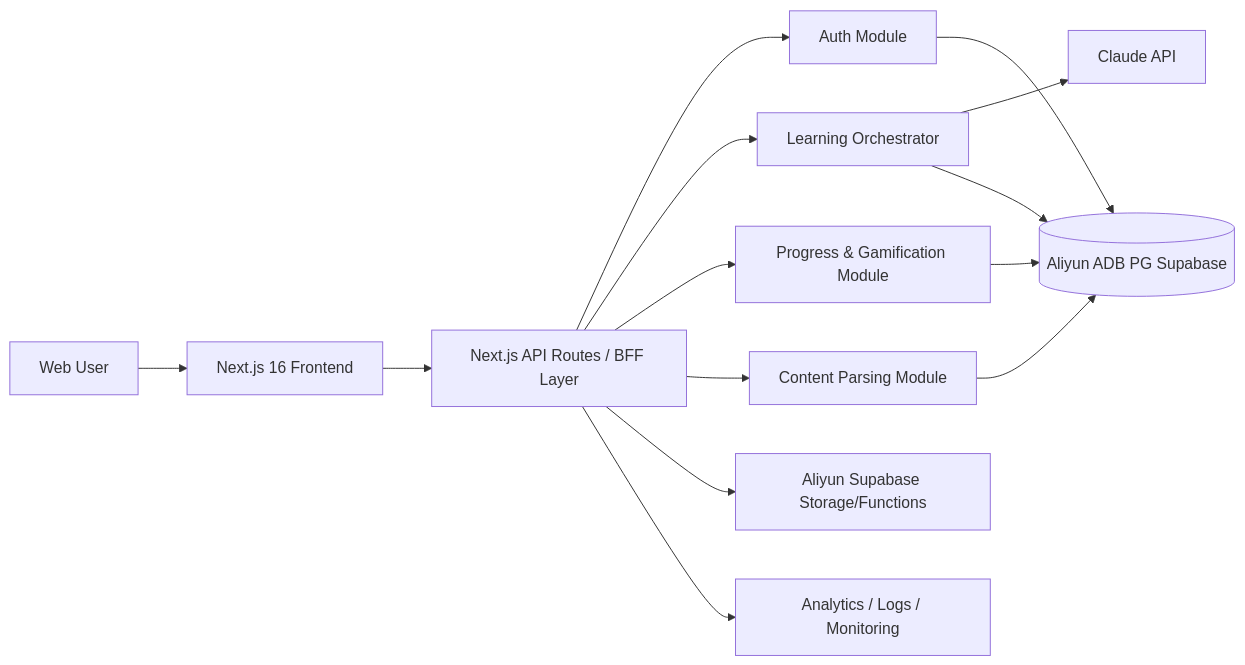
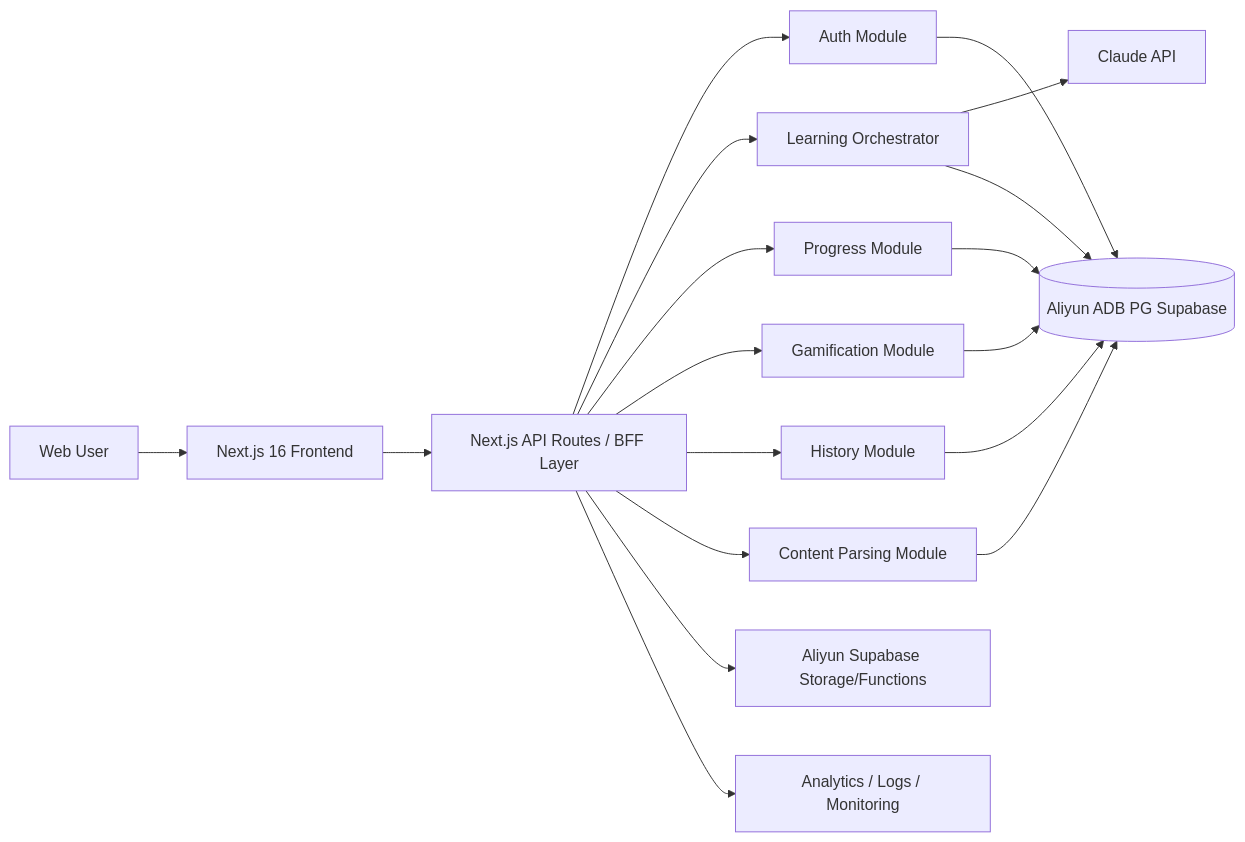
One commit to ChengZhuo2025/codetutor changed the first of 6 diagrams in docs/plans/2026-03-23-ai-coding-tutor-technical-architecture.md. Above: the diagram before and after it, drawn with Mermaid. The commit also changed other lines of this file and 20 other files, not shown here.

````diff
--- a/docs/plans/2026-03-23-ai-coding-tutor-technical-architecture.md
+++ b/docs/plans/2026-03-23-ai-coding-tutor-technical-architecture.md
@@ -150,16 +171,20 @@
 ```mermaid
 flowchart LR
     U[Web User] --> FE[Next.js 16 Frontend]
     FE --> BFF[Next.js API Routes / BFF Layer]
     BFF --> AUTH[Auth Module]
     BFF --> LEARN[Learning Orchestrator]
-    BFF --> PROG[Progress & Gamification Module]
+    BFF --> PROG[Progress Module]
+    BFF --> GAME[Gamification Module]
+    BFF --> HIST[History Module]
     BFF --> LINK[Content Parsing Module]
     LEARN --> AI[Claude API]
     AUTH --> DB[(Aliyun ADB PG Supabase)]
     LEARN --> DB
     PROG --> DB
+    GAME --> DB
+    HIST --> DB
     LINK --> DB
     BFF --> STORE[Aliyun Supabase Storage/Functions]
     BFF --> OBS[Analytics / Logs / Monitoring]
 ```
````
